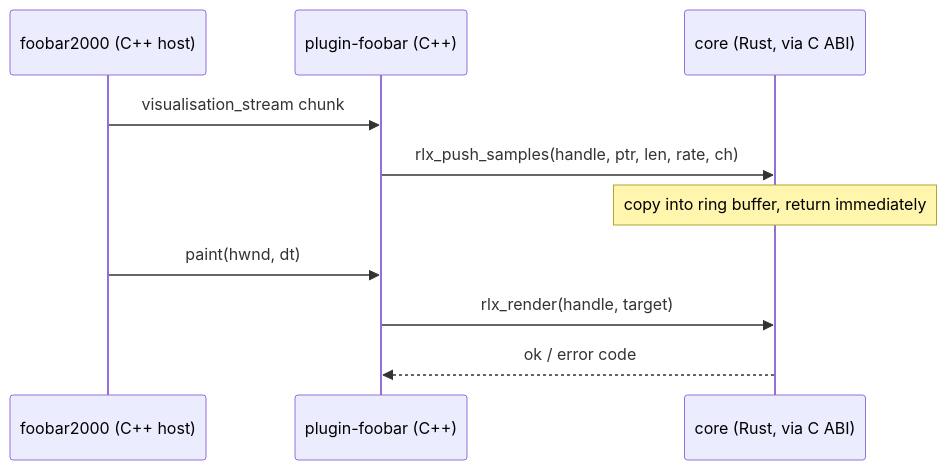
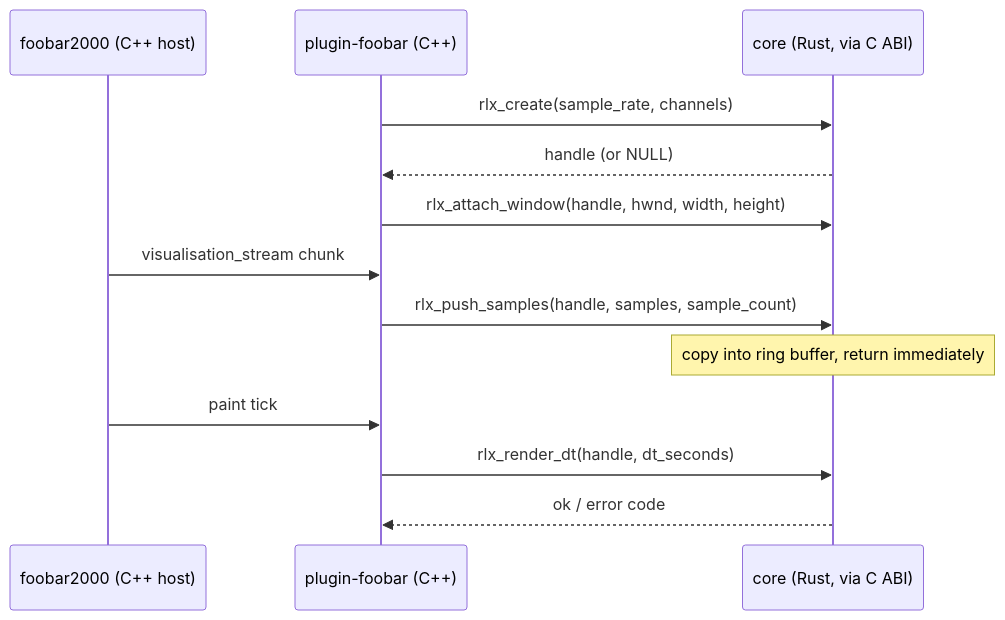
One commit to IgorKonovalov/Ritmolux changed the second of 3 diagrams in .claude/skills/architect/references/templates/diagram-examples.md. Above: the diagram before and after it, drawn with Mermaid. The commit also changed 4 other files, not shown here.

First line of the commit message:
docs(skills): architect skill covers the studio lane, three seams, generated docs

````diff
--- a/.claude/skills/architect/references/templates/diagram-examples.md
+++ b/.claude/skills/architect/references/templates/diagram-examples.md
@@ -39,12 +39,15 @@
 ```mermaid
 sequenceDiagram
   participant FB as foobar2000 (C++ host)
   participant Shim as plugin-foobar (C++)
   participant Core as core (Rust, via C ABI)
+  Shim->>Core: rlx_create(sample_rate, channels)
+  Core-->>Shim: handle (or NULL)
+  Shim->>Core: rlx_attach_window(handle, hwnd, width, height)
   FB->>Shim: visualisation_stream chunk
-  Shim->>Core: rlx_push_samples(handle, ptr, len, rate, ch)
+  Shim->>Core: rlx_push_samples(handle, samples, sample_count)
   Note over Core: copy into ring buffer, return immediately
-  FB->>Shim: paint(hwnd, dt)
-  Shim->>Core: rlx_render(handle, target)
+  FB->>Shim: paint tick
+  Shim->>Core: rlx_render_dt(handle, dt_seconds)
   Core-->>Shim: ok / error code
 ```
````
